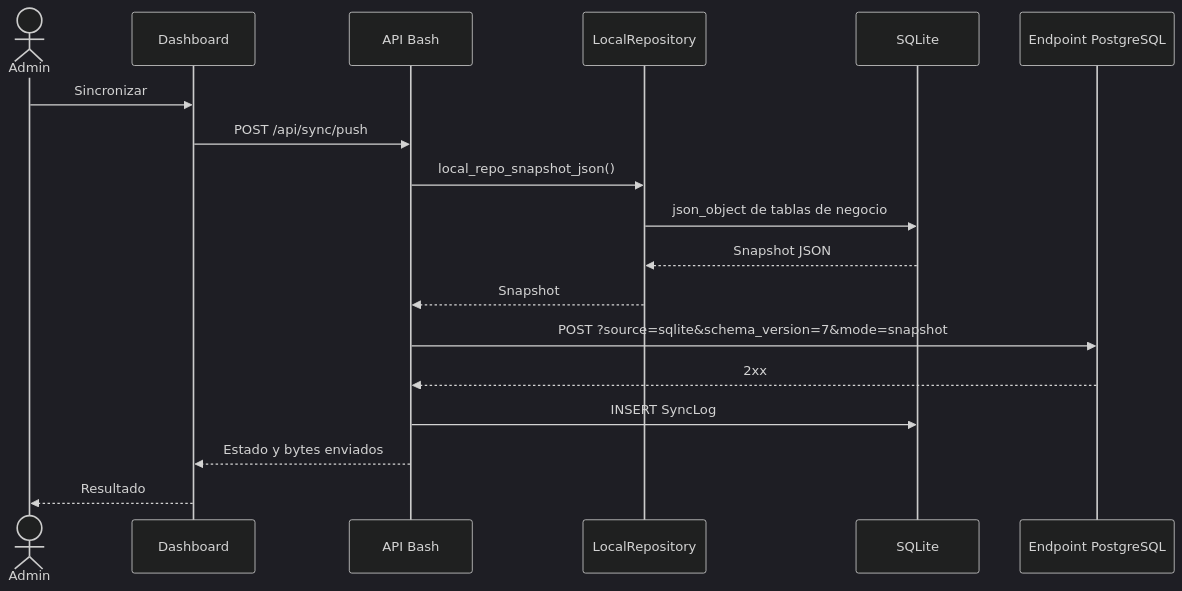
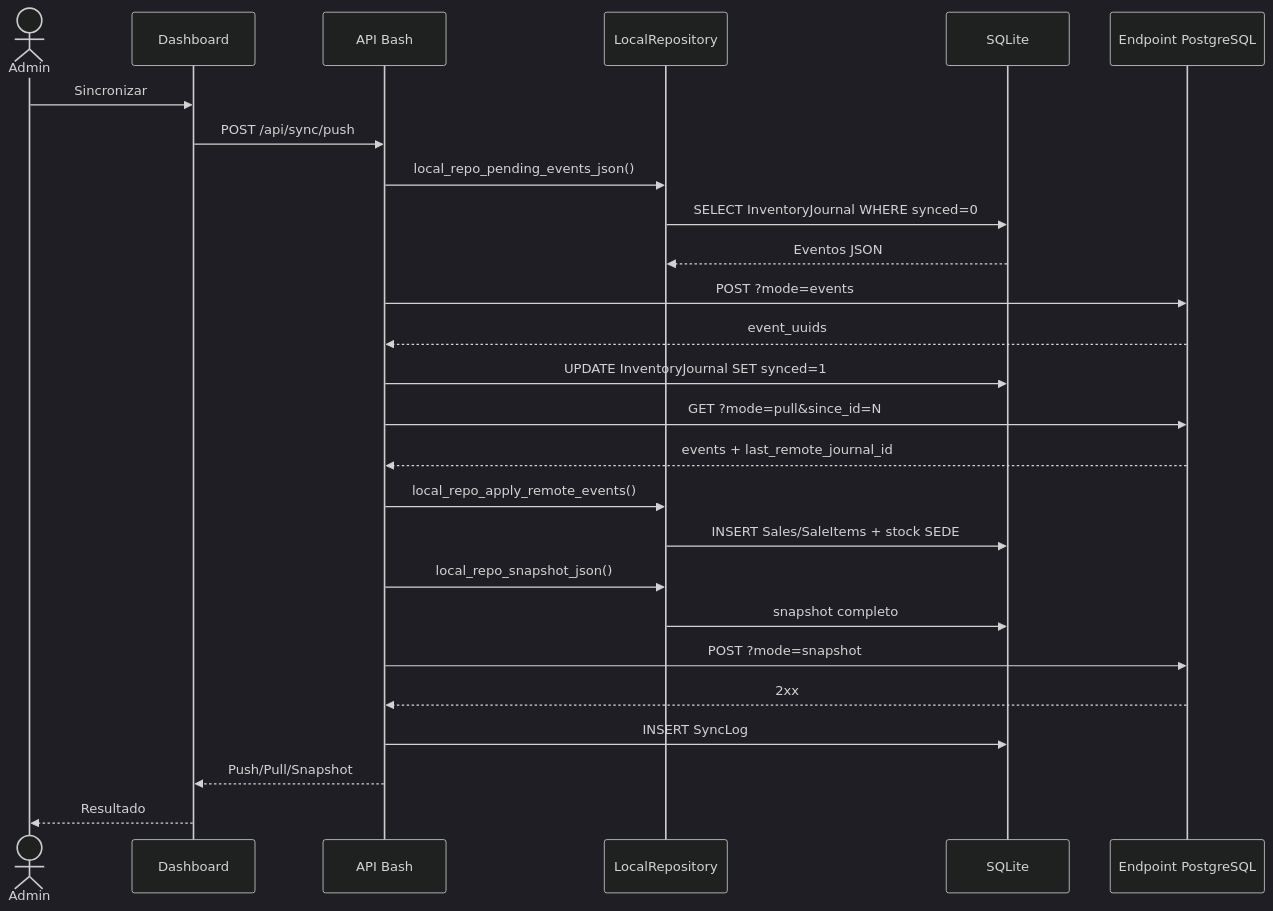
One commit to Br1-O/ERP_bash changed diagram 11 of 11 in docs/DIAGRAMAS.md. Above: the diagram before and after it, drawn with Mermaid (dark theme). The commit also changed other lines of this file and 50 other files, not shown here.

````diff
--- a/docs/DIAGRAMAS.md
+++ b/docs/DIAGRAMAS.md
@@ -622,21 +689,29 @@
 ```mermaid
 sequenceDiagram
     actor Admin
     participant UI as Dashboard
     participant API as API Bash
     participant Local as LocalRepository
     participant DB as SQLite
     participant Remote as Endpoint PostgreSQL
 
     Admin->>UI: Sincronizar
     UI->>API: POST /api/sync/push
+    API->>Local: local_repo_pending_events_json()
+    Local->>DB: SELECT InventoryJournal WHERE synced=0
+    DB-->>Local: Eventos JSON
+    API->>Remote: POST ?mode=events
+    Remote-->>API: event_uuids
+    API->>DB: UPDATE InventoryJournal SET synced=1
+    API->>Remote: GET ?mode=pull&since_id=N
+    Remote-->>API: events + last_remote_journal_id
+    API->>Local: local_repo_apply_remote_events()
+    Local->>DB: INSERT Sales/SaleItems + stock SEDE
     API->>Local: local_repo_snapshot_json()
-    Local->>DB: json_object de tablas de negocio
-    DB-->>Local: Snapshot JSON
-    Local-->>API: Snapshot
-    API->>Remote: POST ?source=sqlite&schema_version=7&mode=snapshot
+    Local->>DB: snapshot completo
+    API->>Remote: POST ?mode=snapshot
     Remote-->>API: 2xx
     API->>DB: INSERT SyncLog
-    API-->>UI: Estado y bytes enviados
+    API-->>UI: Push/Pull/Snapshot
     UI-->>Admin: Resultado
 ```
````
